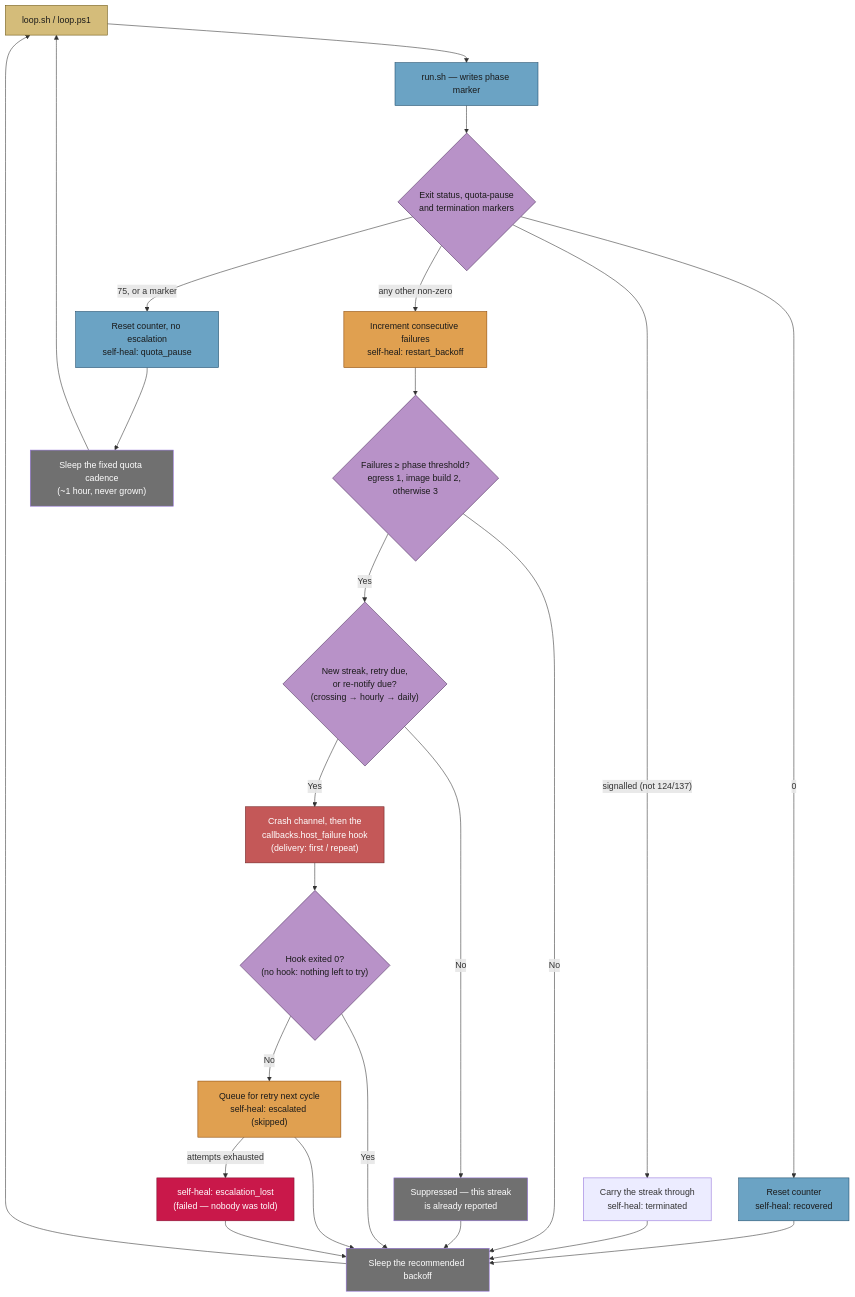
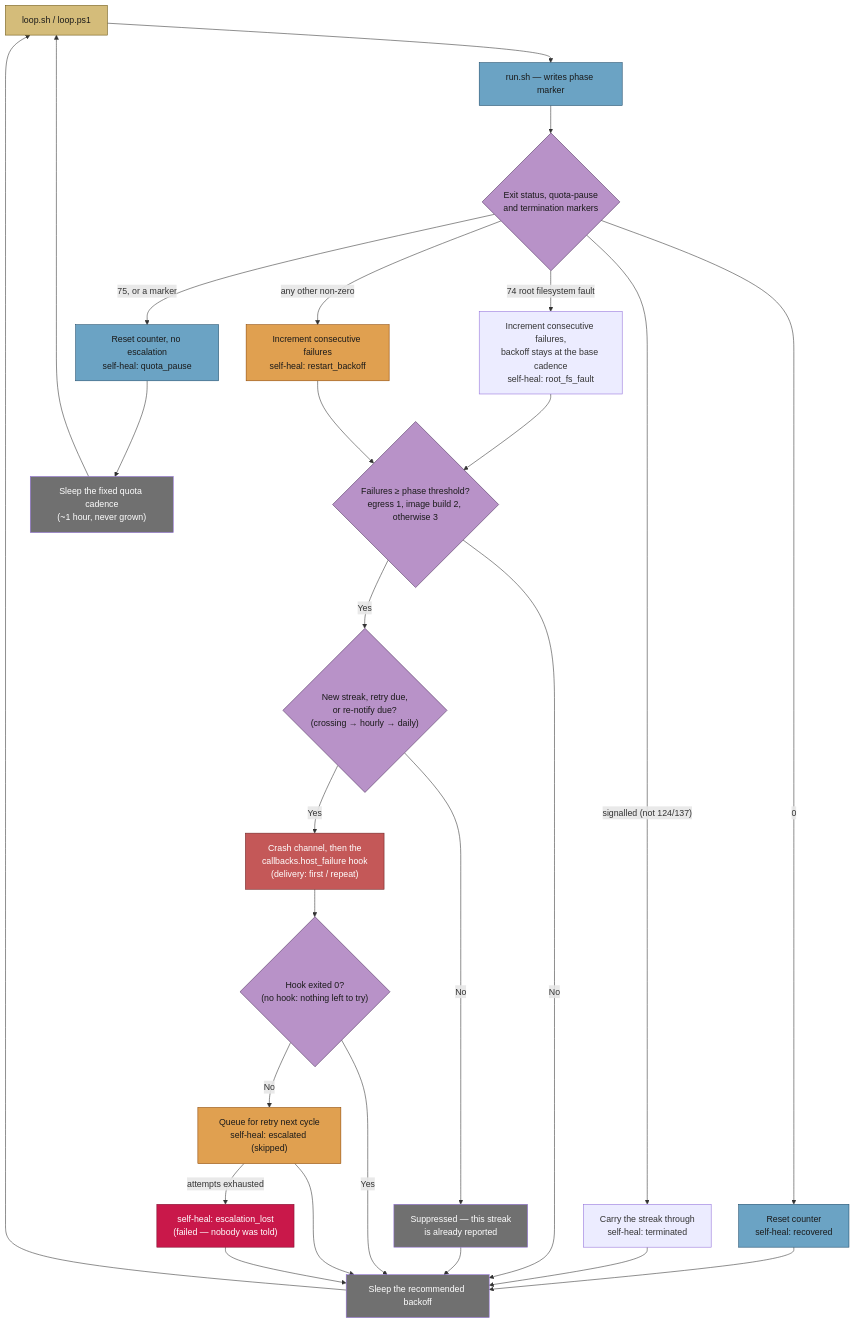
One commit to stSoftwareAU/VibeCoder changed the second of 6 diagrams in docs/workflows/resilience-and-concurrency.md. Above: the diagram before and after it, drawn with Mermaid. The commit also changed other lines of this file and 22 other files, not shown here.

First line of the commit message:
End the run when the container root filesystem goes read-only (Issue #3179)

````diff
--- a/docs/workflows/resilience-and-concurrency.md
+++ b/docs/workflows/resilience-and-concurrency.md
@@ -99,48 +101,50 @@
 ```mermaid
 flowchart TD
   Loop["loop.sh / loop.ps1"]
   Launch["run.sh — writes phase marker"]
   Status{"Exit status, quota-pause<br/>and termination markers"}
   Reset["Reset counter<br/>self-heal: recovered"]
   Quota["Reset counter, no escalation<br/>self-heal: quota_pause"]
   Stopped["Carry the streak through<br/>self-heal: terminated"]
   Count["Increment consecutive failures<br/>self-heal: restart_backoff"]
+  RootFs["Increment consecutive failures,<br/>backoff stays at the base cadence<br/>self-heal: root_fs_fault"]
   Threshold{"Failures ≥ phase threshold?<br/>egress 1, image build 2, otherwise 3"}
   Due{"New streak, retry due,<br/>or re-notify due?<br/>(crossing → hourly → daily)"}
   Dedup["Suppressed — this streak<br/>is already reported"]
   Escalate["Crash channel, then the<br/>callbacks.host_failure hook<br/>(delivery: first / repeat)"]
   Delivered{"Hook exited 0?<br/>(no hook: nothing left to try)"}
   Queue["Queue for retry next cycle<br/>self-heal: escalated (skipped)"]
   Lost["self-heal: escalation_lost<br/>(failed — nobody was told)"]
   Cadence["Sleep the fixed quota cadence<br/>(~1 hour, never grown)"]
   Sleep["Sleep the recommended backoff"]
   Loop --> Launch --> Status
   Status -->|0| Reset --> Sleep
   Status -->|75, or a marker| Quota --> Cadence
   Status -->|"signalled (not 124/137)"| Stopped --> Sleep
+  Status -->|74 root filesystem fault| RootFs --> Threshold
   Status -->|any other non-zero| Count --> Threshold
   Threshold -->|No| Sleep
   Threshold -->|Yes| Due
   Due -->|No| Dedup --> Sleep
   Due -->|Yes| Escalate --> Delivered
   Delivered -->|Yes| Sleep
   Delivered -->|No| Queue --> Sleep
   Queue -->|attempts exhausted| Lost --> Sleep
   Sleep --> Loop
   Cadence --> Loop
   style Loop fill:#d4bc7a,stroke:#6b5510,color:#1a1a1a
   style Launch fill:#6ba3c4,stroke:#1d4a6a,color:#1a1a1a
   style Status fill:#b892c8,stroke:#4a2d5a,color:#1a1a1a
   style Threshold fill:#b892c8,stroke:#4a2d5a,color:#1a1a1a
   style Due fill:#b892c8,stroke:#4a2d5a,color:#1a1a1a
   style Delivered fill:#b892c8,stroke:#4a2d5a,color:#1a1a1a
   style Reset fill:#6ba3c4,stroke:#1d4a6a,color:#1a1a1a
   style Quota fill:#6ba3c4,stroke:#1d4a6a,color:#1a1a1a
   style Cadence fill:#707070,stroke:,color:#fff
   style Count fill:#e0a050,stroke:#8b4500,color:#1a1a1a
   style Dedup fill:#707070,stroke:,color:#fff
   style Escalate fill:#c45858,stroke:#6b2020,color:#fff
   style Queue fill:#e0a050,stroke:#8b4500,color:#1a1a1a
   style Lost fill:#c9184a,stroke:#800f2f,color:#fff
   style Sleep fill:#707070,stroke:,color:#fff
 ```
````
